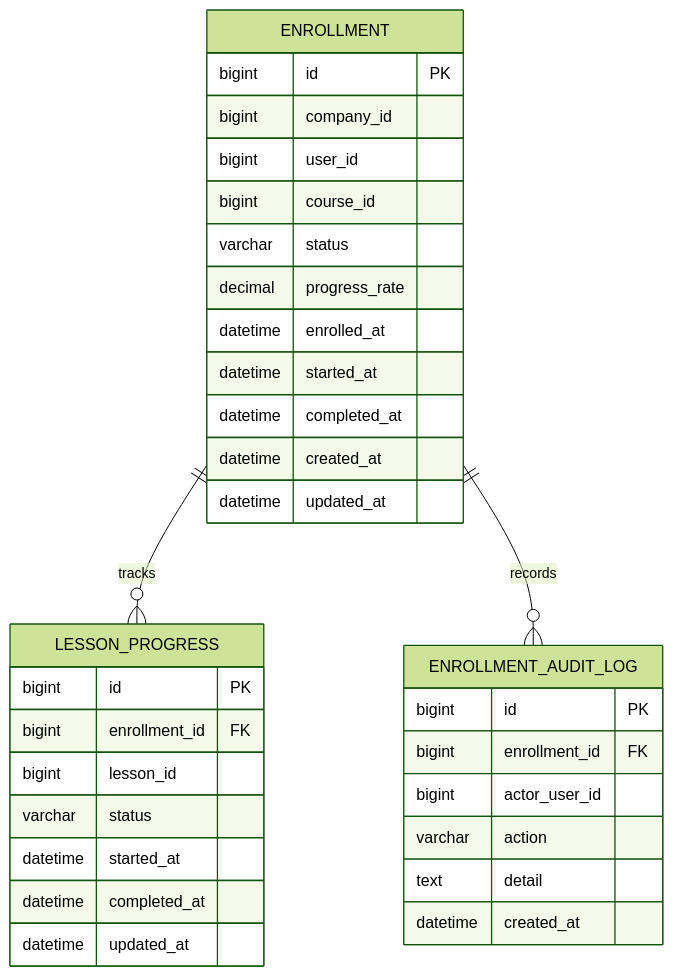
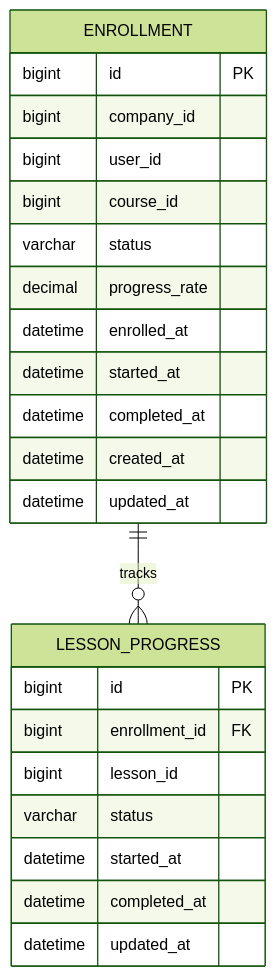
The sixth of 7 diagrams in docs/erd.md (skala-msa-team/linguaroute-msa), drawn with Mermaid (forest theme) before and after one commit. The commit also changed other lines of this file and 6 other files, not shown here.

````diff
--- a/docs/erd.md
+++ b/docs/erd.md
@@ -232,38 +274,29 @@
 ```mermaid
 erDiagram
     ENROLLMENT ||--o{ LESSON_PROGRESS : tracks
-    ENROLLMENT ||--o{ ENROLLMENT_AUDIT_LOG : records
 
     ENROLLMENT {
         bigint id PK
         bigint company_id
         bigint user_id
         bigint course_id
         varchar status
         decimal progress_rate
         datetime enrolled_at
         datetime started_at
         datetime completed_at
         datetime created_at
         datetime updated_at
     }
 
     LESSON_PROGRESS {
         bigint id PK
         bigint enrollment_id FK
         bigint lesson_id
         varchar status
         datetime started_at
         datetime completed_at
         datetime updated_at
     }
 
-    ENROLLMENT_AUDIT_LOG {
-        bigint id PK
-        bigint enrollment_id FK
-        bigint actor_user_id
-        varchar action
-        text detail
-        datetime created_at
-    }
 ```
````
